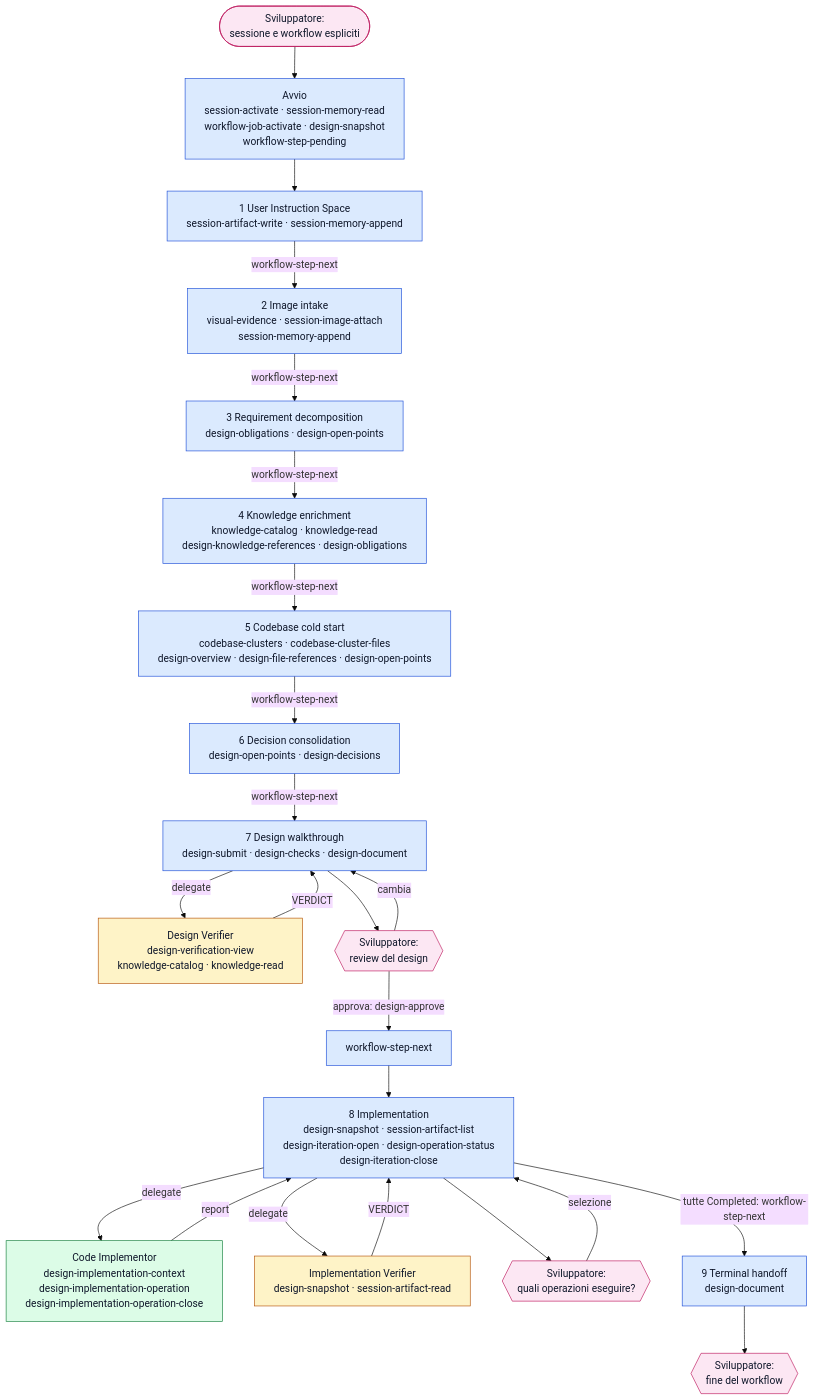
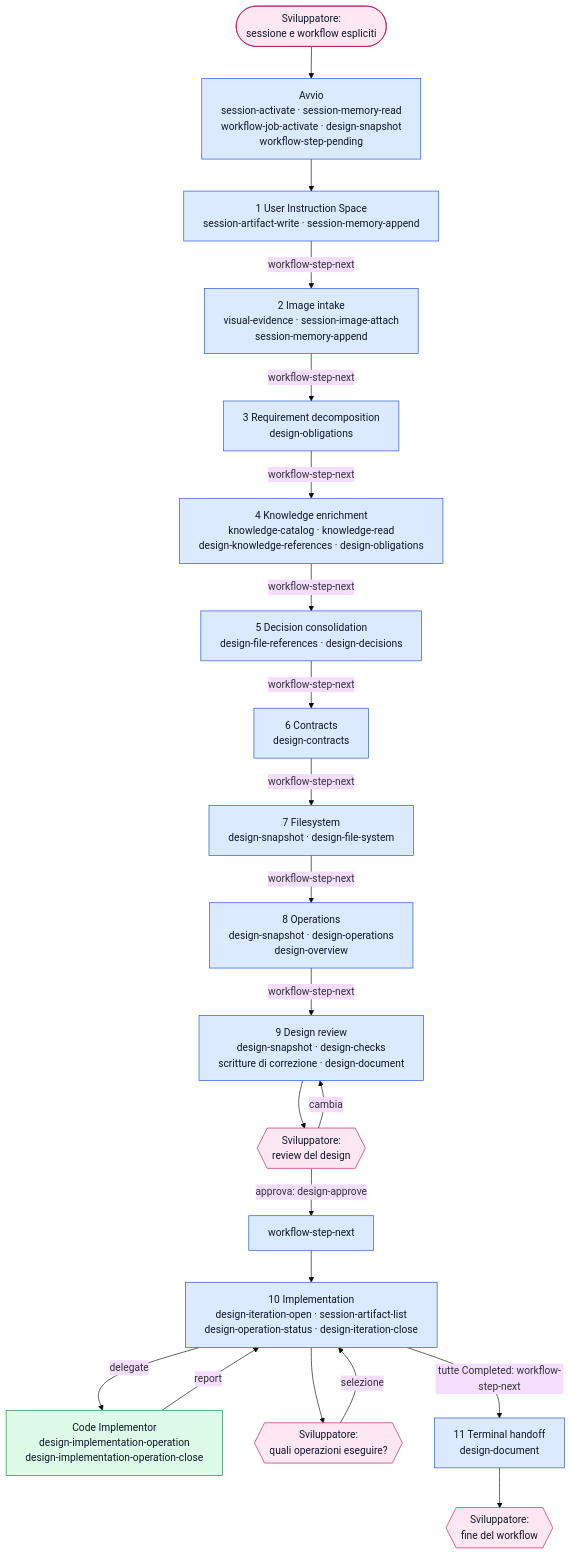
Before and after one commit to violabg/agentic-system-lessons: the first of 4 diagrams in orchestrator/reference/strumenti-design.md, drawn with Mermaid (base theme). The commit also changed other lines of this file and 69 other files, not shown here.

````diff
--- a/orchestrator/reference/strumenti-design.md
+++ b/orchestrator/reference/strumenti-design.md
@@ -22,34 +21,30 @@
 ```mermaid
 %%{init: {"flowchart": {"wrappingWidth": 460}}}%%
 flowchart TD
     Dev(["Sviluppatore:<br/>sessione e workflow espliciti"]) --> Start["Avvio<br/>session-activate · session-memory-read<br/>workflow-job-activate · design-snapshot<br/>workflow-step-pending"]
     Start --> S1["1 User Instruction Space<br/>session-artifact-write · session-memory-append"]
     S1 -->|workflow-step-next| S2["2 Image intake<br/>visual-evidence · session-image-attach<br/>session-memory-append"]
-    S2 -->|workflow-step-next| S3["3 Requirement decomposition<br/>design-obligations · design-open-points"]
+    S2 -->|workflow-step-next| S3["3 Requirement decomposition<br/>design-obligations"]
     S3 -->|workflow-step-next| S4["4 Knowledge enrichment<br/>knowledge-catalog · knowledge-read<br/>design-knowledge-references · design-obligations"]
-    S4 -->|workflow-step-next| S5["5 Codebase cold start<br/>codebase-clusters · codebase-cluster-files<br/>design-overview · design-file-references · design-open-points"]
-    S5 -->|workflow-step-next| S6["6 Decision consolidation<br/>design-open-points · design-decisions"]
-    S6 -->|workflow-step-next| S7["7 Design walkthrough<br/>design-submit · design-checks · design-document"]
-    S7 -->|delegate| DV["Design Verifier<br/>design-verification-view<br/>knowledge-catalog · knowledge-read"]
-    DV -->|VERDICT| S7
-    S7 --> Review{{"Sviluppatore:<br/>review del design"}}
-    Review -->|cambia| S7
-    Review -->|"approva: design-approve"| S7b["workflow-step-next"]
-    S7b --> S8["8 Implementation<br/>design-snapshot · session-artifact-list<br/>design-iteration-open · design-operation-status<br/>design-iteration-close"]
-    S8 -->|delegate| CI["Code Implementor<br/>design-implementation-context<br/>design-implementation-operation<br/>design-implementation-operation-close"]
-    CI -->|report| S8
-    S8 -->|delegate| IV["Implementation Verifier<br/>design-snapshot · session-artifact-read"]
-    IV -->|VERDICT| S8
-    S8 --> Ask{{"Sviluppatore:<br/>quali operazioni eseguire?"}}
-    Ask -->|selezione| S8
-    S8 -->|"tutte Completed: workflow-step-next"| S9["9 Terminal handoff<br/>design-document"]
-    S9 --> End{{"Sviluppatore:<br/>fine del workflow"}}
+    S4 -->|workflow-step-next| S5["5 Decision consolidation<br/>design-file-references · design-decisions"]
+    S5 -->|workflow-step-next| S6["6 Contracts<br/>design-contracts"]
+    S6 -->|workflow-step-next| S7["7 Filesystem<br/>design-snapshot · design-file-system"]
+    S7 -->|workflow-step-next| S8["8 Operations<br/>design-snapshot · design-operations<br/>design-overview"]
+    S8 -->|workflow-step-next| S9["9 Design review<br/>design-snapshot · design-checks<br/>scritture di correzione · design-document"]
+    S9 --> Review{{"Sviluppatore:<br/>review del design"}}
+    Review -->|cambia| S9
+    Review -->|"approva: design-approve"| S9b["workflow-step-next"]
+    S9b --> S10["10 Implementation<br/>design-iteration-open · session-artifact-list<br/>design-operation-status · design-iteration-close"]
+    S10 -->|delegate| CI["Code Implementor<br/>design-implementation-operation<br/>design-implementation-operation-close"]
+    CI -->|report| S10
+    S10 --> Ask{{"Sviluppatore:<br/>quali operazioni eseguire?"}}
+    Ask -->|selezione| S10
+    S10 -->|"tutte Completed: workflow-step-next"| S11["11 Terminal handoff<br/>design-document"]
+    S11 --> End{{"Sviluppatore:<br/>fine del workflow"}}
     classDef orch fill:#dbeafe,stroke:#1d4ed8,color:#0f172a
     classDef impl fill:#dcfce7,stroke:#15803d,color:#0f172a
-    classDef verif fill:#fef3c7,stroke:#b45309,color:#0f172a
     classDef human fill:#fce7f3,stroke:#be185d,color:#0f172a
-    class Start,S1,S2,S3,S4,S5,S6,S7,S7b,S8,S9 orch
+    class Start,S1,S2,S3,S4,S5,S6,S7,S8,S9,S9b,S10,S11 orch
     class CI impl
-    class DV,IV verif
     class Dev,Review,Ask,End human
 ```
````
